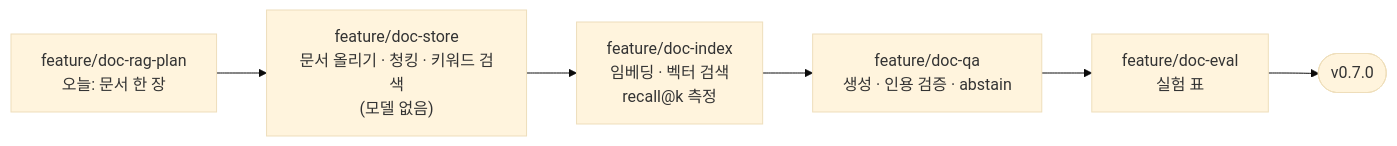
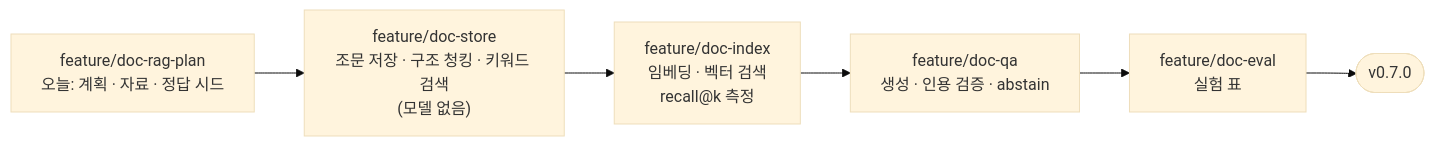
One commit to 2026-ai-service-engineering-a/ai_service_engineering-track_a changed the sixth of 7 diagrams in site/src/content/courses/ko/session-09-3/index.mdx. Above: the diagram before and after it, drawn with Mermaid (base theme). The commit also changed other lines of this file, not shown here.

First line of the commit message:
Ground the document Q&A plan in real statutes

````diff
--- a/site/src/content/courses/ko/session-09-3/index.mdx
+++ b/site/src/content/courses/ko/session-09-3/index.mdx
@@ -927,8 +1102,8 @@
 ```mermaid
 flowchart LR
-    P["feature/doc-rag-plan<br/>오늘: 문서 한 장"] --> S["feature/doc-store<br/>문서 올리기 · 청킹 · 키워드 검색<br/>(모델 없음)"]
+    P["feature/doc-rag-plan<br/>오늘: 계획 · 자료 · 정답 시드"] --> S["feature/doc-store<br/>조문 저장 · 구조 청킹 · 키워드 검색<br/>(모델 없음)"]
     S --> I["feature/doc-index<br/>임베딩 · 벡터 검색<br/>recall@k 측정"]
     I --> Q["feature/doc-qa<br/>생성 · 인용 검증 · abstain"]
     Q --> X["feature/doc-eval<br/>실험 표"]
     X --> T(["v0.7.0"])
 ```
````
